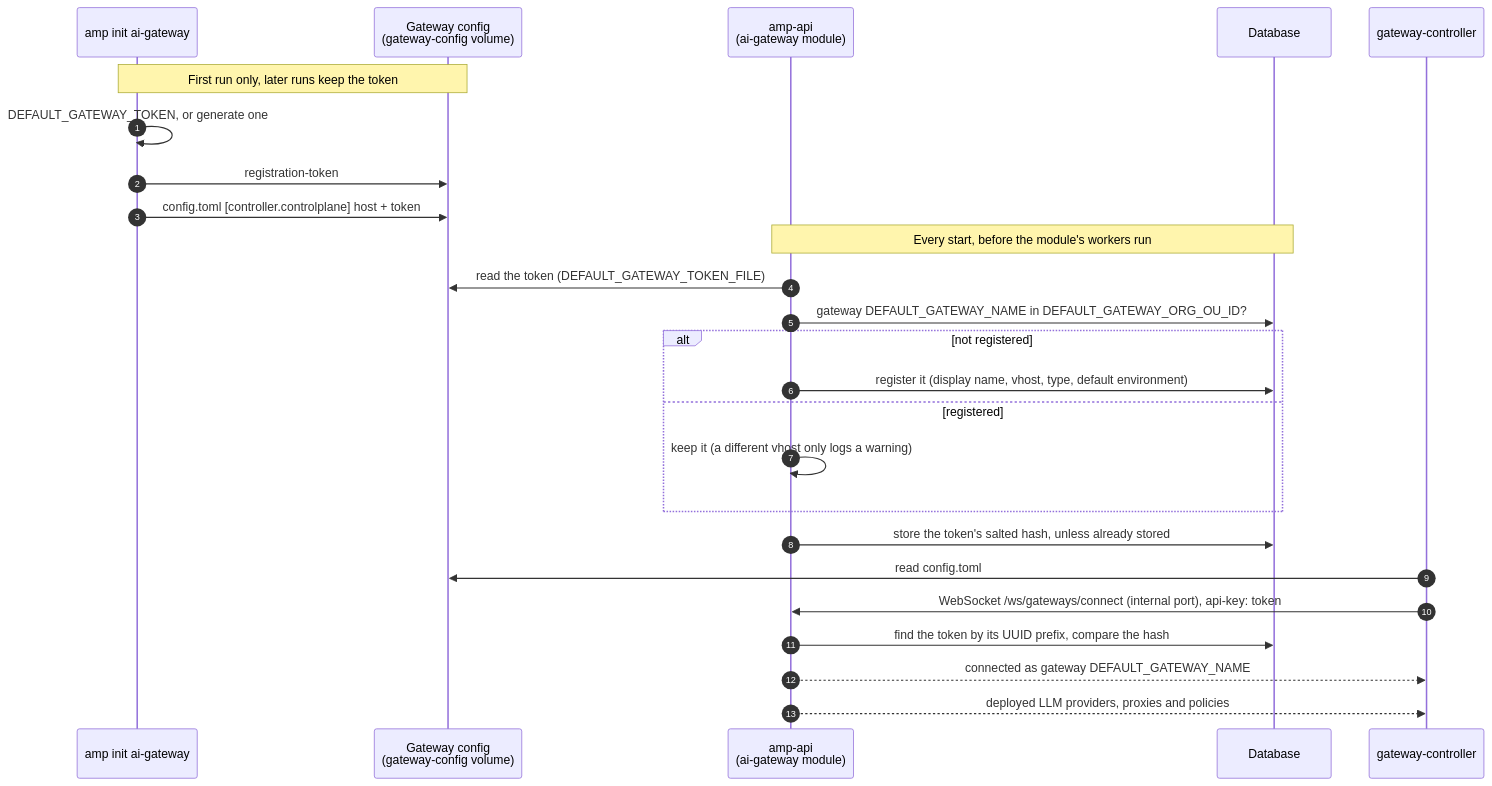
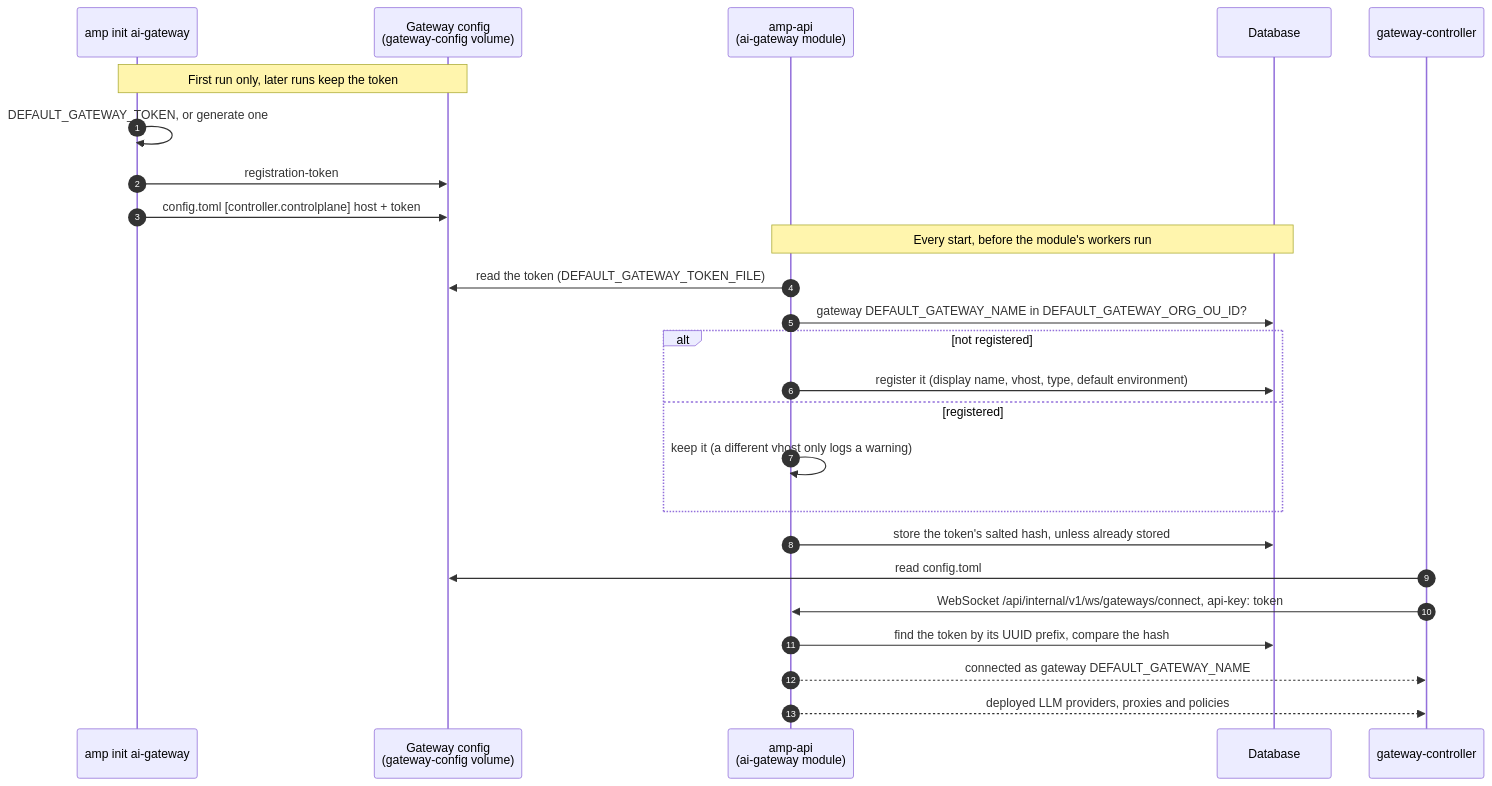
One commit to wso2/agent-manager changed the diagram in docs/amp-lite/ai-gateway.md. Above: the diagram before and after it, drawn with Mermaid. The commit also changed other lines of this file, not shown here.

Commit message:
Give the gateway WebSocket's full path
The controller connects at /api/internal/v1/ws/gateways/connect on the
internal port; the diagram and the steps left out the prefix.

````diff
--- a/docs/amp-lite/ai-gateway.md
+++ b/docs/amp-lite/ai-gateway.md
@@ -46,30 +46,30 @@
 ```mermaid
 sequenceDiagram
     autonumber
     participant Init as amp init ai-gateway
     participant Vol as Gateway config<br/>(gateway-config volume)
     participant API as amp-api<br/>(ai-gateway module)
     participant DB as Database
     participant Ctl as gateway-controller
 
     Note over Init,Vol: First run only, later runs keep the token
     Init->>Init: DEFAULT_GATEWAY_TOKEN, or generate one
     Init->>Vol: registration-token
     Init->>Vol: config.toml [controller.controlplane] host + token
 
     Note over API,DB: Every start, before the module's workers run
     API->>Vol: read the token (DEFAULT_GATEWAY_TOKEN_FILE)
     API->>DB: gateway DEFAULT_GATEWAY_NAME in DEFAULT_GATEWAY_ORG_OU_ID?
     alt not registered
         API->>DB: register it (display name, vhost, type, default environment)
     else registered
         API->>API: keep it (a different vhost only logs a warning)
     end
     API->>DB: store the token's salted hash, unless already stored
 
     Ctl->>Vol: read config.toml
-    Ctl->>API: WebSocket /ws/gateways/connect (internal port), api-key: token
+    Ctl->>API: WebSocket /api/internal/v1/ws/gateways/connect, api-key: token
     API->>DB: find the token by its UUID prefix, compare the hash
     API-->>Ctl: connected as gateway DEFAULT_GATEWAY_NAME
     API-->>Ctl: deployed LLM providers, proxies and policies
 ```
````
